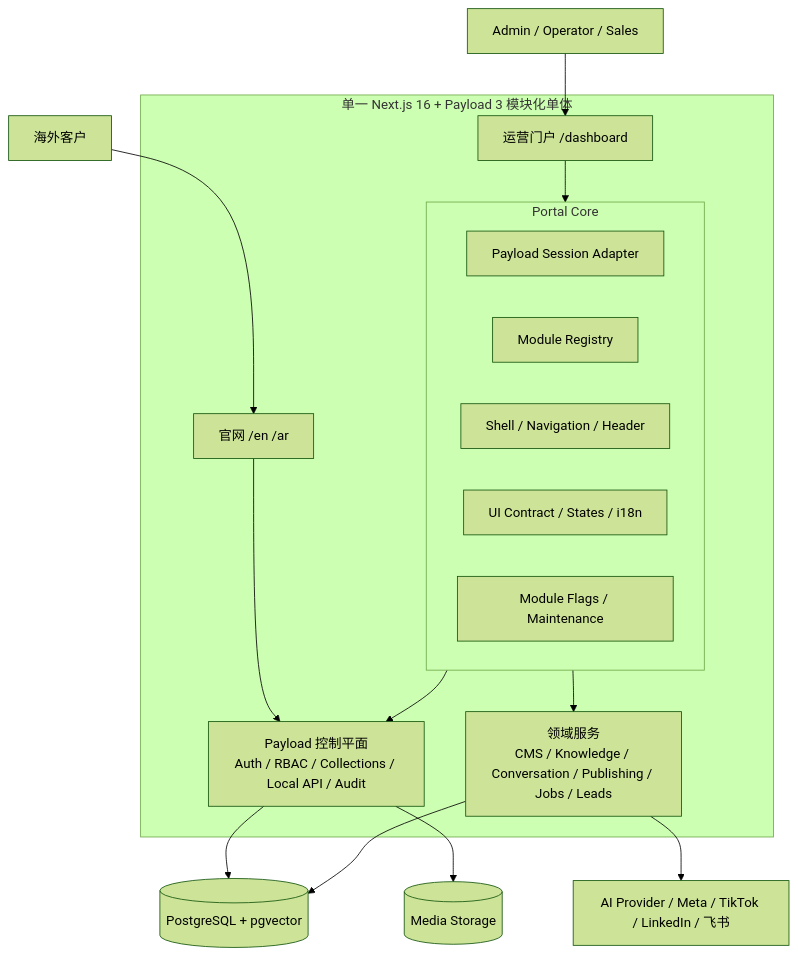
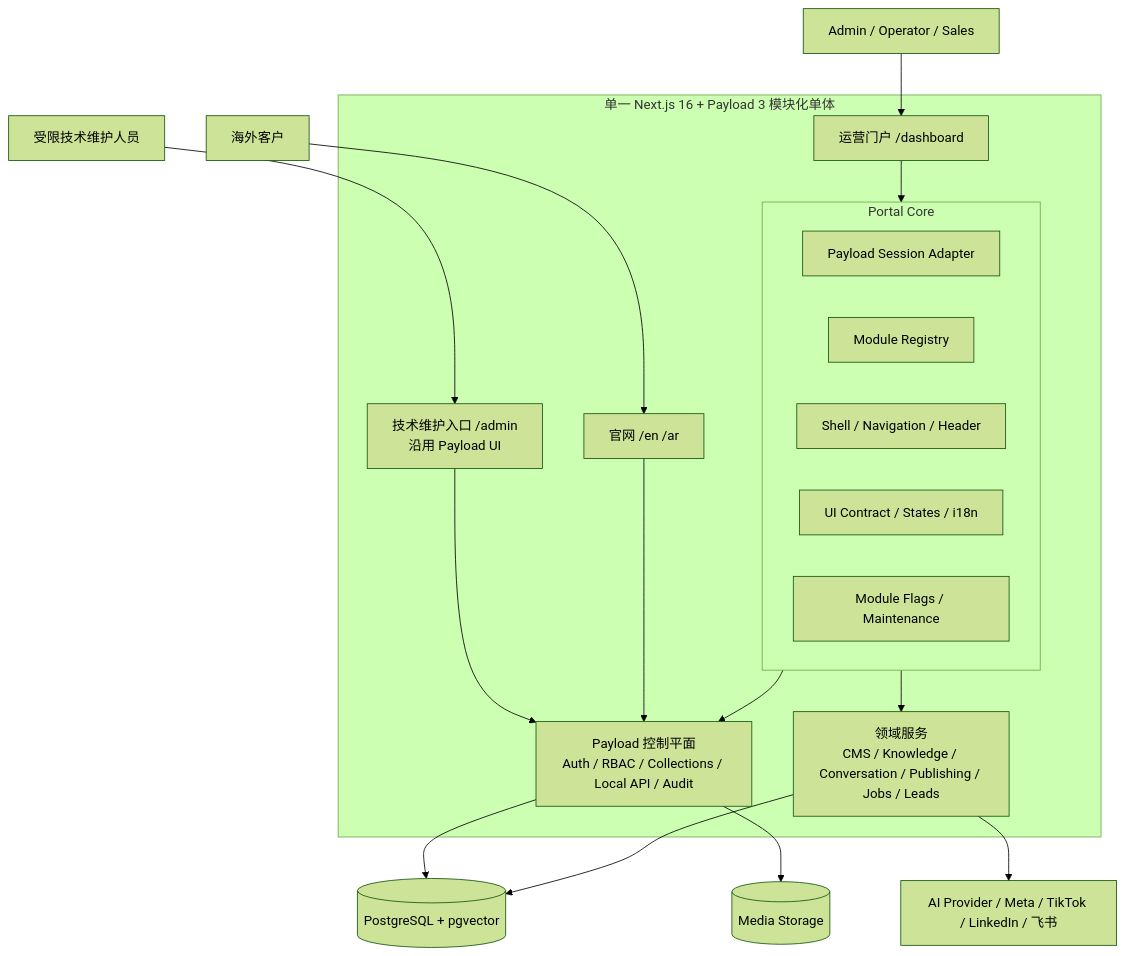
Before and after one commit to jueyunai/ivybm: the first of 4 diagrams in docs/architecture/管理后台现代化UI重构与双轨架构规划.md, drawn with Mermaid (forest theme). The commit also changed other lines of this file and 6 other files, not shown here.

````diff
--- a/docs/architecture/管理后台现代化UI重构与双轨架构规划.md
+++ b/docs/architecture/管理后台现代化UI重构与双轨架构规划.md
@@ -55,36 +55,40 @@
 ```mermaid
 flowchart TB
     STAFF["Admin / Operator / Sales"]
+    MAINTAINER["受限技术维护人员"]
     VISITOR["海外客户"]
 
     subgraph RUNTIME["单一 Next.js 16 + Payload 3 模块化单体"]
         SITE["官网 /en /ar"]
         PORTAL["运营门户 /dashboard"]
+        ADMIN["技术维护入口 /admin\n沿用 Payload UI"]
 
         subgraph PORTALCORE["Portal Core"]
             AUTH["Payload Session Adapter"]
             REG["Module Registry"]
             SHELL["Shell / Navigation / Header"]
             UIC["UI Contract / States / i18n"]
             FLAGS["Module Flags / Maintenance"]
         end
 
         PAYLOAD["Payload 控制平面\nAuth / RBAC / Collections / Local API / Audit"]
         DOMAINS["领域服务\nCMS / Knowledge / Conversation / Publishing / Jobs / Leads"]
     end
 
     DATA[("PostgreSQL + pgvector")]
     FILES[("Media Storage")]
     THIRD["AI Provider / Meta / TikTok / LinkedIn / 飞书"]
 
     STAFF --> PORTAL
+    MAINTAINER --> ADMIN
     VISITOR --> SITE
     PORTAL --> PORTALCORE
     PORTALCORE --> PAYLOAD
     PORTALCORE --> DOMAINS
+    ADMIN --> PAYLOAD
     SITE --> PAYLOAD
     PAYLOAD --> DATA
     PAYLOAD --> FILES
     DOMAINS --> DATA
     DOMAINS --> THIRD
 ```
````
